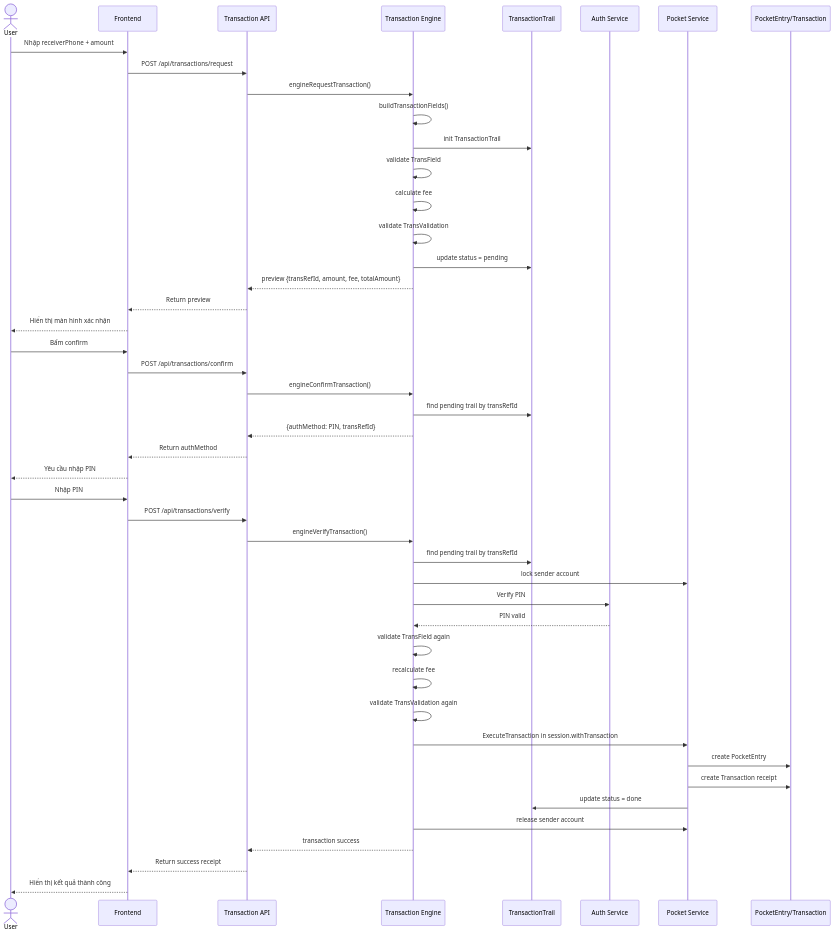
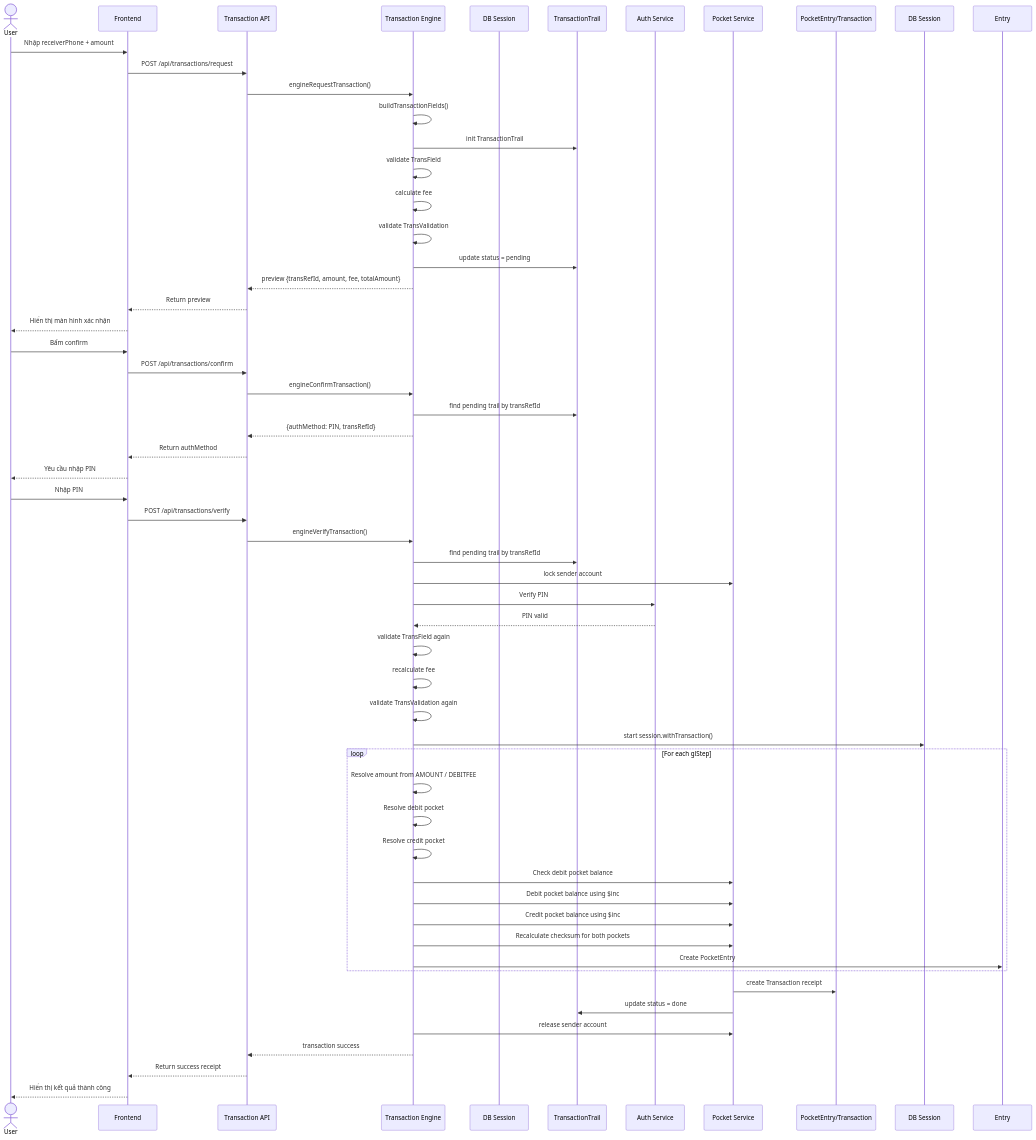
Before and after one commit to nvha3103/MiniWalletWeek2: the first of 2 diagrams in docs/sequence_diagram.md, drawn with Mermaid. The commit also changed other lines of this file, not shown here.

Commit message:
update sequence diagram for P2P transfer and bill payment

````diff
--- a/docs/sequence_diagram.md
+++ b/docs/sequence_diagram.md
@@ -5,51 +5,67 @@
 ```mermaid
 sequenceDiagram
     actor User
     participant FE as Frontend
     participant API as Transaction API
     participant Engine as Transaction Engine
+    participant DB as DB Session
     participant Trail as TransactionTrail
     participant Auth as Auth Service
     participant Pocket as Pocket Service
     participant Ledger as PocketEntry/Transaction
+   
 
     User->>FE: Nhập receiverPhone + amount
     FE->>API: POST /api/transactions/request
     API->>Engine: engineRequestTransaction()
     Engine->>Engine: buildTransactionFields()
     Engine->>Trail: init TransactionTrail
     Engine->>Engine: validate TransField
     Engine->>Engine: calculate fee
     Engine->>Engine: validate TransValidation
     Engine->>Trail: update status = pending
     Engine-->>API: preview {transRefId, amount, fee, totalAmount}
     API-->>FE: Return preview
     FE-->>User: Hiển thị màn hình xác nhận
 
     User->>FE: Bấm confirm
     FE->>API: POST /api/transactions/confirm
     API->>Engine: engineConfirmTransaction()
     Engine->>Trail: find pending trail by transRefId
     Engine-->>API: {authMethod: PIN, transRefId}
     API-->>FE: Return authMethod
     FE-->>User: Yêu cầu nhập PIN
 
     User->>FE: Nhập PIN
     FE->>API: POST /api/transactions/verify
     API->>Engine: engineVerifyTransaction()
     Engine->>Trail: find pending trail by transRefId
     Engine->>Pocket: lock sender account
     Engine->>Auth: Verify PIN
     Auth-->>Engine: PIN valid
     Engine->>Engine: validate TransField again
     Engine->>Engine: recalculate fee
     Engine->>Engine: validate TransValidation again
-    Engine->>Pocket: ExecuteTransaction in session.withTransaction
-    Pocket->>Ledger: create PocketEntry
+  
+    Engine->>DB Session: start session.withTransaction()
+
+    loop For each glStep
+        Engine->>Engine: Resolve amount from AMOUNT / DEBITFEE
+        Engine->>Engine: Resolve debit pocket
+        Engine->>Engine: Resolve credit pocket
+        Engine->>Pocket: Check debit pocket balance
+        Engine->>Pocket: Debit pocket balance using $inc
+        Engine->>Pocket: Credit pocket balance using $inc
+        Engine->>Pocket: Recalculate checksum for both pockets
+        Engine->>Entry: Create PocketEntry
+    end
+
+
+   
     Pocket->>Ledger: create Transaction receipt
     Pocket->>Trail: update status = done
     Engine->>Pocket: release sender account
     Engine-->>API: transaction success
     API-->>FE: Return success receipt
     FE-->>User: Hiển thị kết quả thành công
 ```
````
